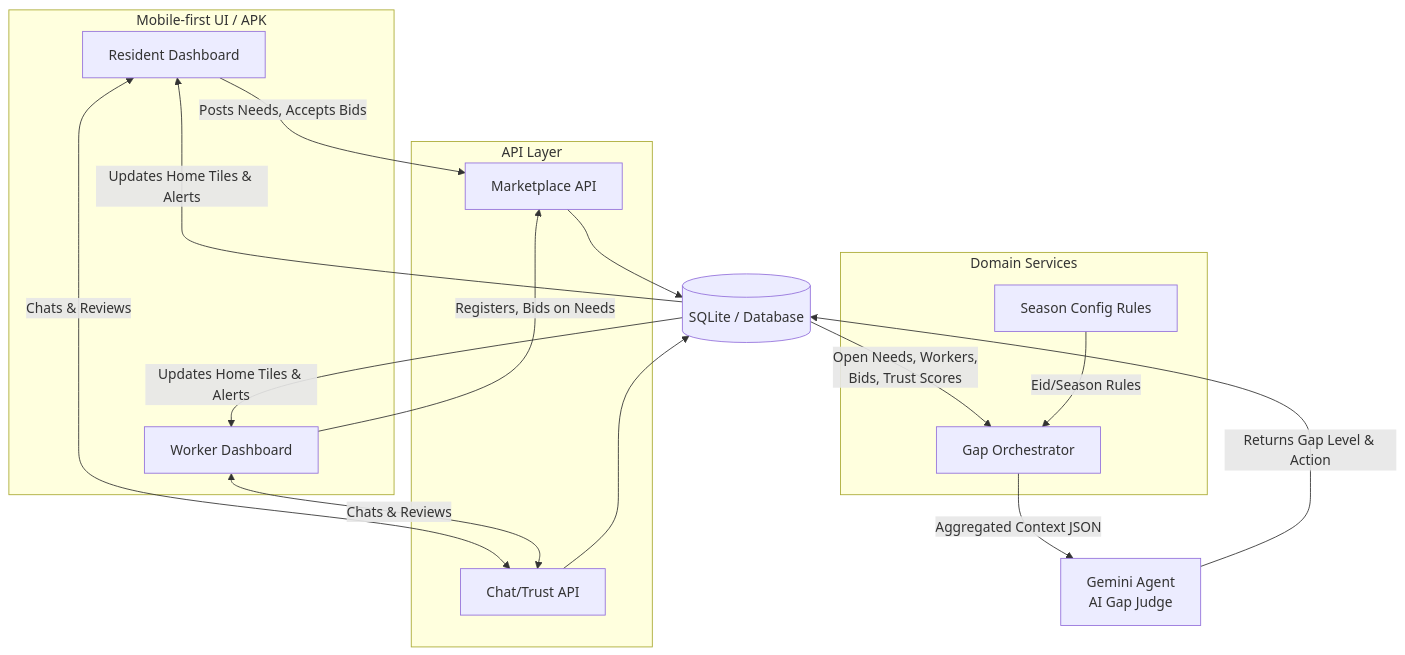
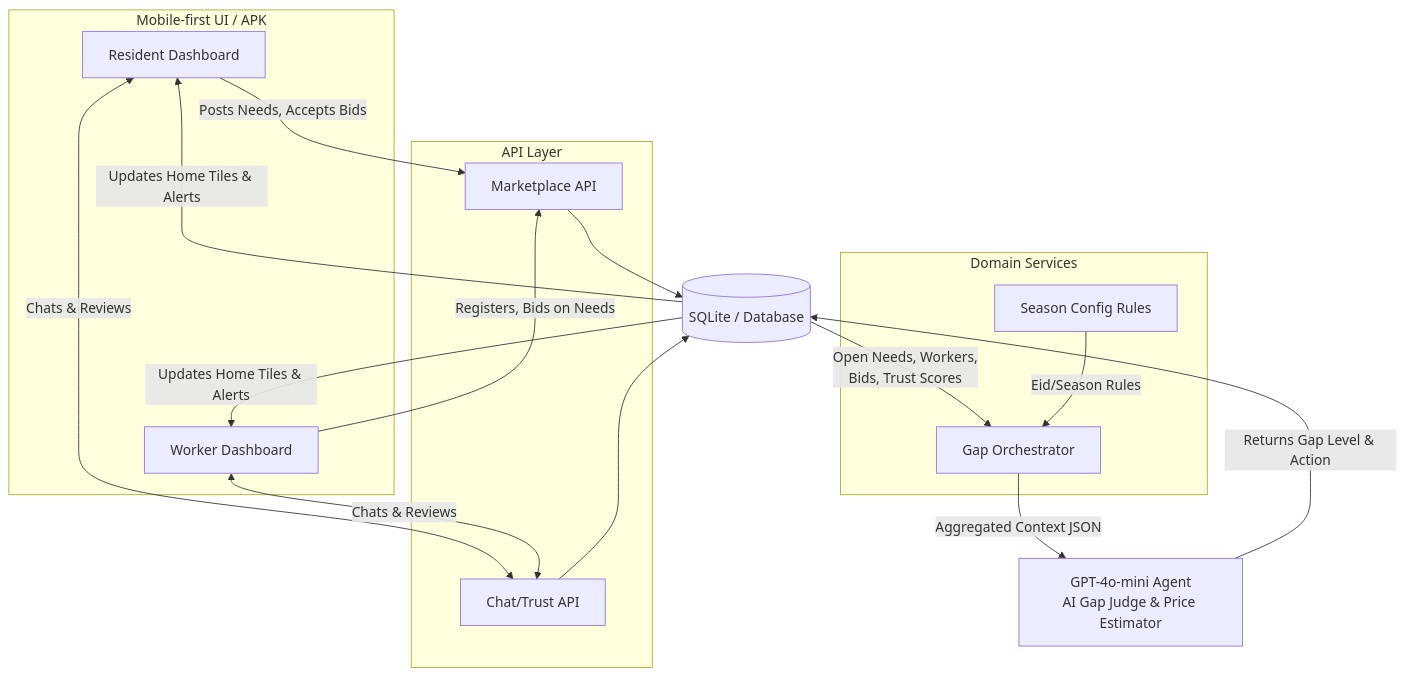
Before and after one commit to Saadia-Asghar/nic-hackathon-project: the diagram in docs/architecture.md, drawn with Mermaid. The commit also changed 1 other file, not shown here.

Commit message:
Update architecture diagram to include OpenAI and add HTML version

````diff
--- a/docs/architecture.md
+++ b/docs/architecture.md
@@ -3,43 +3,43 @@
 ```mermaid
 graph TD
     %% User Interfaces
     subgraph Client [Mobile-first UI / APK]
         R[Resident Dashboard]
         W[Worker Dashboard]
     end
 
     %% API Layer
     subgraph API [API Layer]
         M[Marketplace API]
         C[Chat/Trust API]
     end
 
     %% Services
     subgraph Logic [Domain Services]
         GS[Gap Orchestrator]
         SS[Season Config Rules]
     end
 
     %% Artificial Intelligence
-    AI[Gemini Agent<br>AI Gap Judge]
+    AI[GPT-4o-mini Agent<br>AI Gap Judge & Price Estimator]
 
     %% Data
     DB[(SQLite / Database)]
 
     %% Connections
     R -->|Posts Needs, Accepts Bids| M
     W -->|Registers, Bids on Needs| M
     R <-->|Chats & Reviews| C
     W <-->|Chats & Reviews| C
 
     M --> DB
     C --> DB
 
     DB -->|Open Needs, Workers,<br>Bids, Trust Scores| GS
     SS -->|Eid/Season Rules| GS
     GS -->|Aggregated Context JSON| AI
     AI -->|Returns Gap Level & Action| DB
     
     DB -->|Updates Home Tiles & Alerts| R
     DB -->|Updates Home Tiles & Alerts| W
 ```
````
